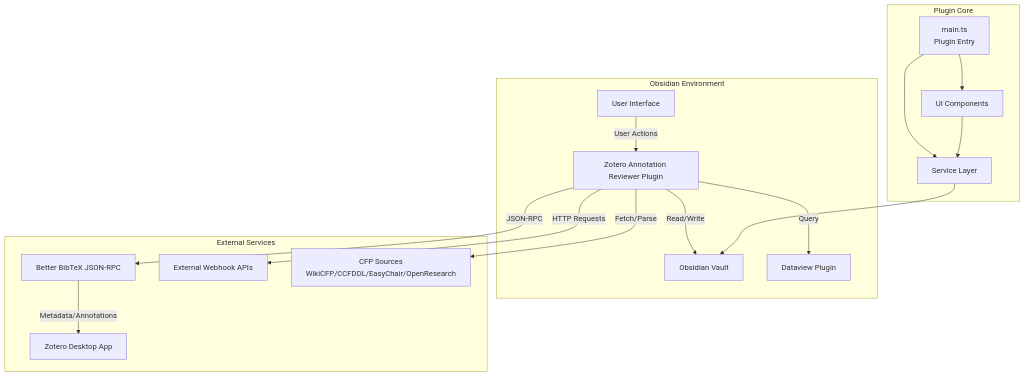
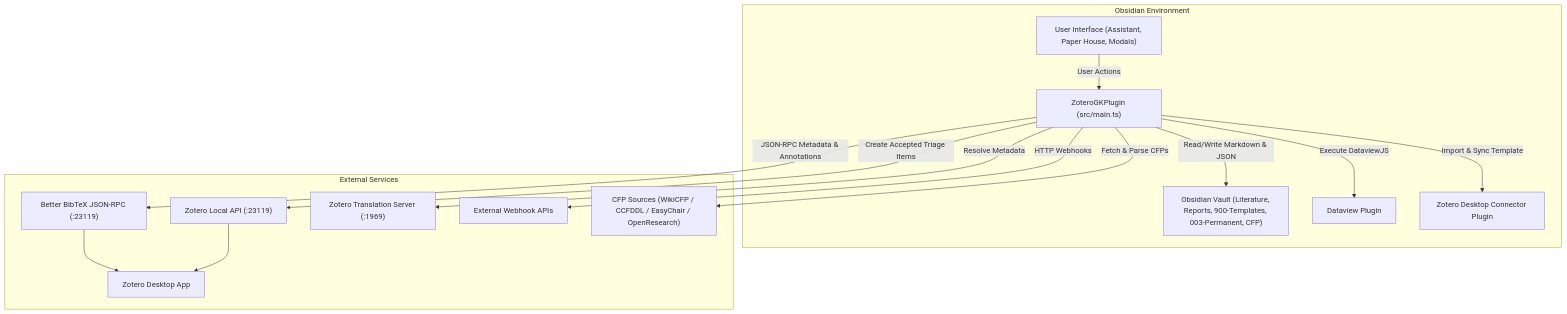
Before and after one commit to stone-home/Obsidian-Plugin-Zotero-Annotations-Reviewer: the first of 5 diagrams in docs/ARCHITECTURE.md, drawn with Mermaid. The commit also changed other lines of this file and 122 other files, not shown here.

First line of the commit message:
feat(paper)!: unify Paper House hub, vault-backed templates/prompts, and zotero-assistant panel (#10)

````diff
--- a/docs/ARCHITECTURE.md
+++ b/docs/ARCHITECTURE.md
@@ -63,35 +80,31 @@
 ```mermaid
 flowchart TB
     subgraph "Obsidian Environment"
-        UI[User Interface]
-        Plugin[Zotero Annotation Reviewer Plugin]
-        Vault[Obsidian Vault]
-        Dataview[Dataview Plugin]
+        UI["User Interface (Assistant, Paper House, Modals)"]
+        Plugin["ZoteroGKPlugin (src/main.ts)"]
+        Vault["Obsidian Vault (Literature, Reports, 900-Templates, 003-Permanent, CFP)"]
+        Dataview["Dataview Plugin"]
+        ZDC["Zotero Desktop Connector Plugin"]
     end
-    
+
     subgraph "External Services"
-        Zotero[Zotero Desktop App]
-        BBT[Better BibTeX JSON-RPC]
-        WebhookAPI[External Webhook APIs]
-        CFPSources[CFP Sources<br/>WikiCFP/CCFDDL/EasyChair/OpenResearch]
+        Zotero["Zotero Desktop App"]
+        BBT["Better BibTeX JSON-RPC (:23119)"]
+        ZLocal["Zotero Local API (:23119)"]
+        ZTrans["Zotero Translation Server (:1969)"]
+        WebhookAPI["External Webhook APIs"]
+        CFPSources["CFP Sources (WikiCFP / CCFDDL / EasyChair / OpenResearch)"]
     end
-    
-    subgraph "Plugin Core"
-        Main[main.ts<br/>Plugin Entry]
-        Services[Service Layer]
-        UIComponents[UI Components]
-    end
-    
+
     UI -->|User Actions| Plugin
-    Plugin -->|Read/Write| Vault
-    Plugin -->|Query| Dataview
-    Plugin -->|JSON-RPC| BBT
-    BBT -->|Metadata/Annotations| Zotero
-    Plugin -->|HTTP Requests| WebhookAPI
-    Plugin -->|Fetch/Parse| CFPSources
-    
-    Main --> Services
-    Main --> UIComponents
-    Services --> Vault
-    UIComponents --> Services
+    Plugin -->|Read/Write Markdown & JSON| Vault
+    Plugin -->|Execute DataviewJS| Dataview
+    Plugin -->|Import & Sync Template| ZDC
+    Plugin -->|JSON-RPC Metadata & Annotations| BBT
+    BBT --> Zotero
+    Plugin -->|Resolve Metadata| ZTrans
+    Plugin -->|Create Accepted Triage Items| ZLocal
+    ZLocal --> Zotero
+    Plugin -->|HTTP Webhooks| WebhookAPI
+    Plugin -->|Fetch & Parse CFPs| CFPSources
 ```
````
